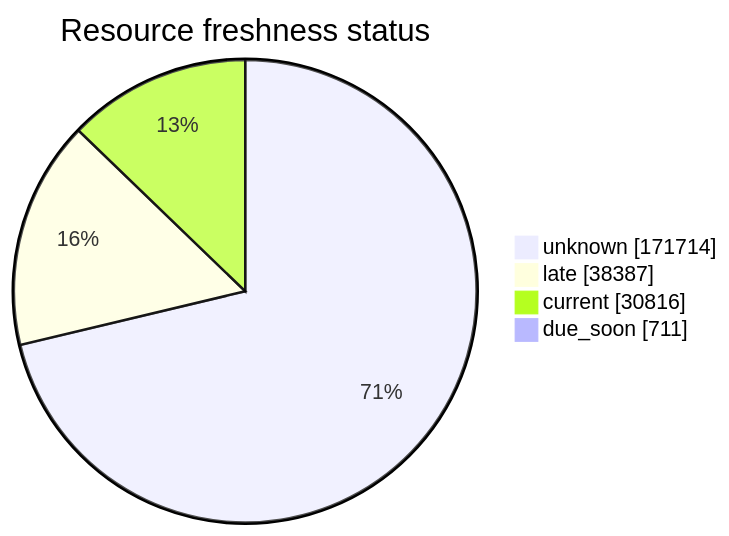
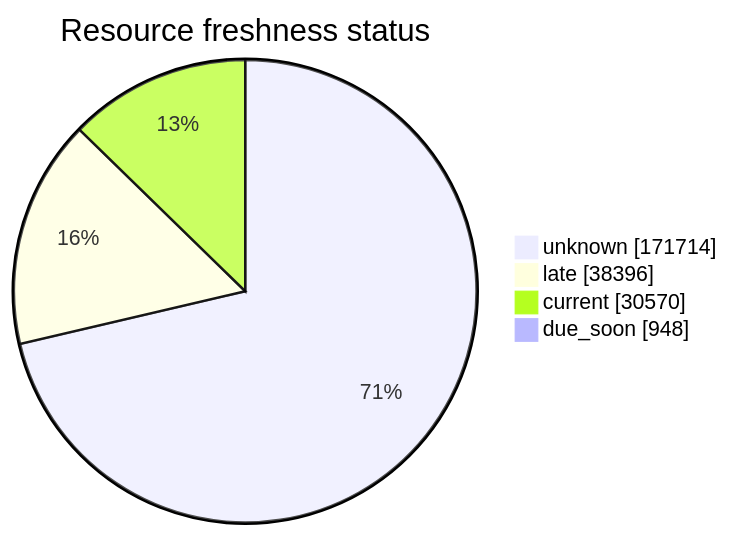
Before and after one commit to open-data/analytics-corporate-reporting: the third of 5 diagrams in FreshCheck/README.md, drawn with Mermaid. The commit also changed other lines of this file and 3 other files, not shown here.

````diff
--- a/FreshCheck/README.md
+++ b/FreshCheck/README.md
@@ -77,7 +77,7 @@
 ```mermaid
 pie showData title Resource freshness status
     "unknown": 171714
-    "late": 38387
-    "current": 30816
-    "due_soon": 711
+    "late": 38396
+    "current": 30570
+    "due_soon": 948
 ```
````
